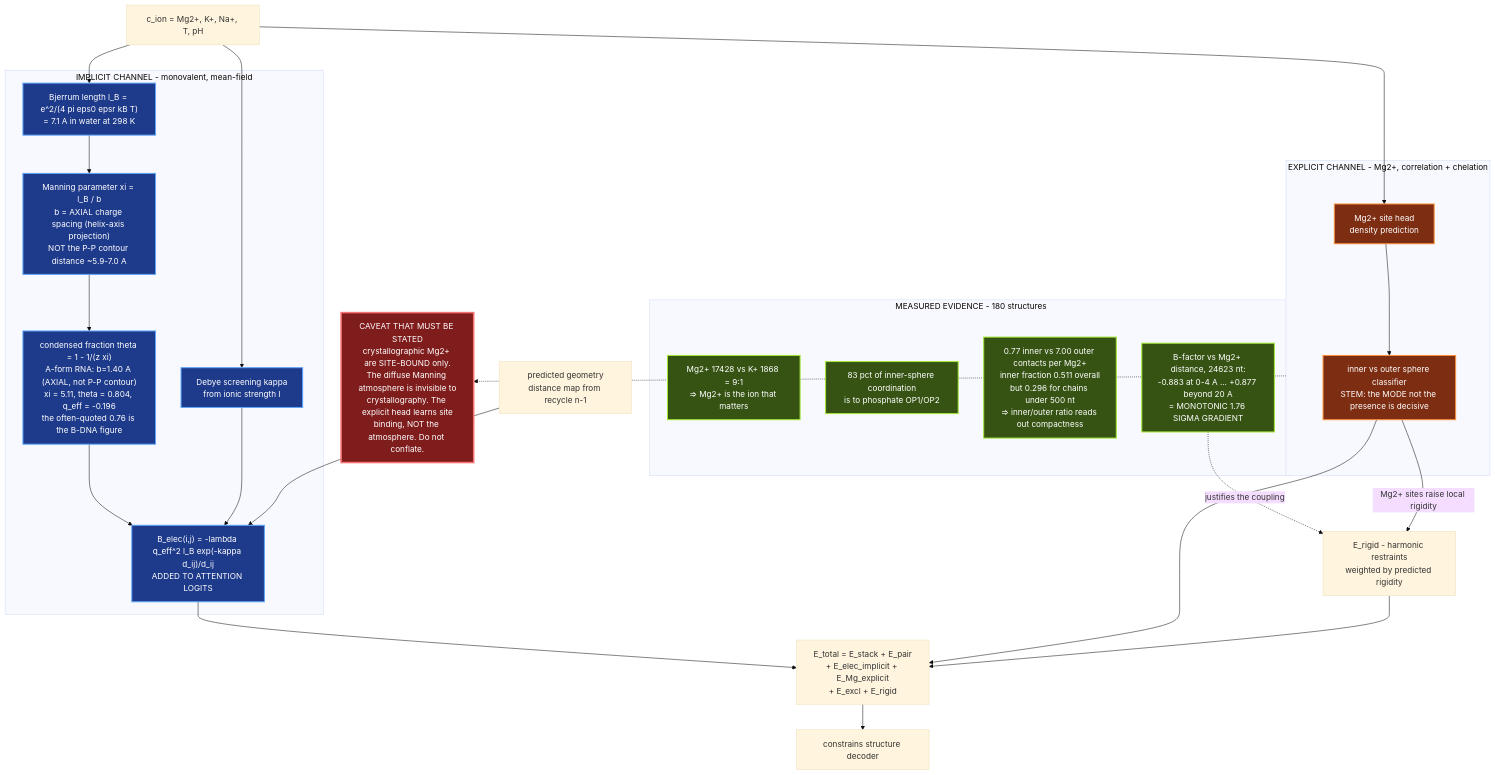
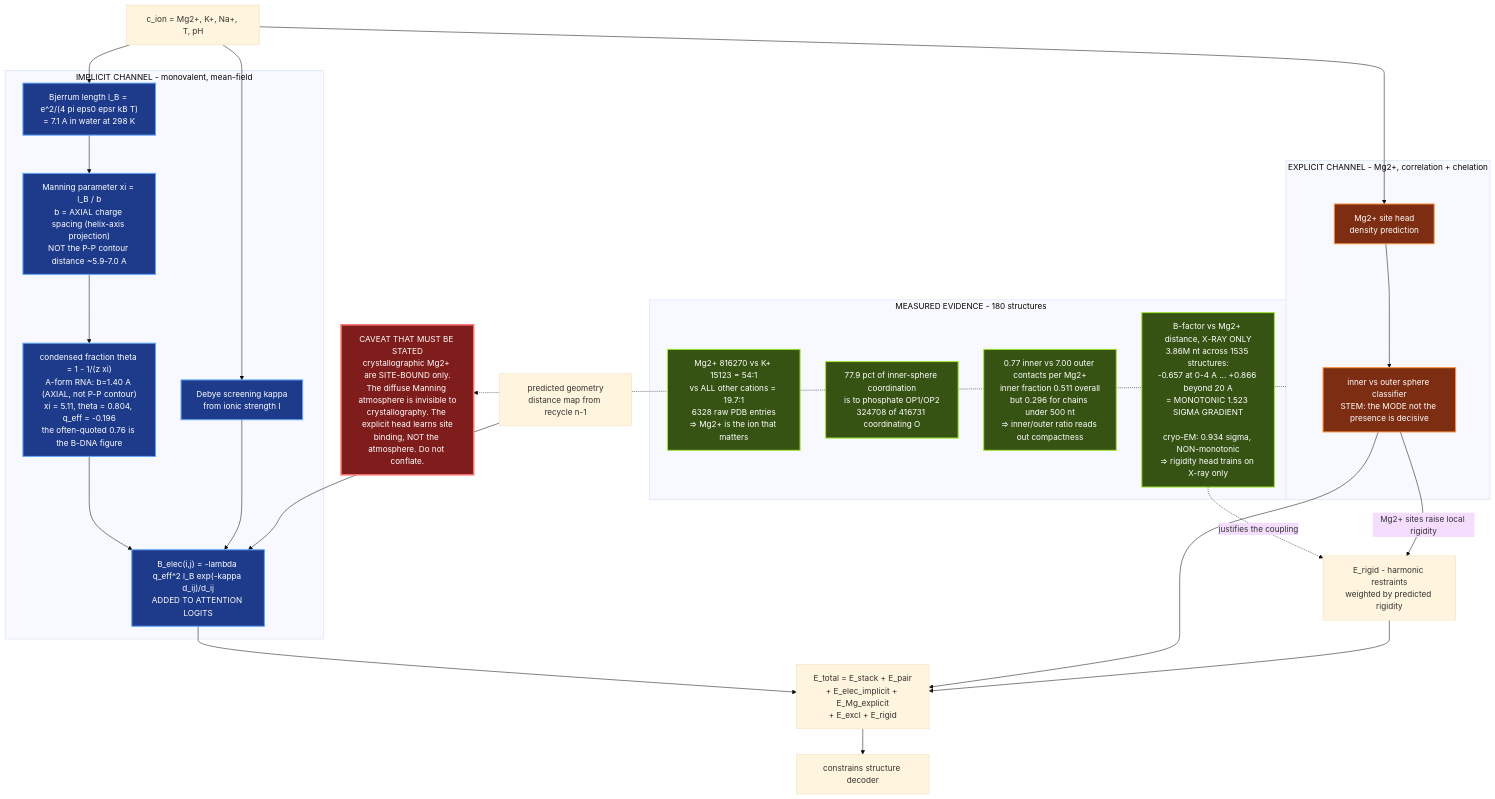
One commit to E-Motioner-X-SBS/sbs-rna changed the diagram in research/architecture/diagrams/05-physics-hamiltonian.mmd. Above: the diagram before and after it, drawn with Mermaid (base theme). The commit also changed 13 other files, not shown here.

First line of the commit message:
Rewrite the architecture diagrams to v0.2 values only; re-render

```diff
--- a/research/architecture/diagrams/05-physics-hamiltonian.mmd
+++ b/research/architecture/diagrams/05-physics-hamiltonian.mmd
@@ -1,53 +1,53 @@
 graph TB
     ION["c_ion = Mg2+, K+, Na+, T, pH"]
     GEOM["predicted geometry<br/>distance map from recycle n-1"]
 
     subgraph IMPL["IMPLICIT CHANNEL - monovalent, mean-field"]
         BJ["Bjerrum length l_B = e^2/(4 pi eps0 epsr kB T)<br/>= 7.1 A in water at 298 K"]
         XI["Manning parameter xi = l_B / b<br/>b = AXIAL charge spacing (helix-axis projection)<br/>NOT the P-P contour distance ~5.9-7.0 A"]
         TH["condensed fraction theta = 1 - 1/(z xi)<br/>A-form RNA: b=1.40 A (AXIAL, not P-P contour)<br/>xi = 5.11, theta = 0.804, q_eff = -0.196<br/>the often-quoted 0.76 is the B-DNA figure"]
         KA["Debye screening kappa<br/>from ionic strength I"]
         BE["B_elec(i,j) = -lambda q_eff^2 l_B exp(-kappa d_ij)/d_ij<br/>ADDED TO ATTENTION LOGITS"]
         BJ --> XI --> TH --> BE
         KA --> BE
     end
 
     subgraph EXPL["EXPLICIT CHANNEL - Mg2+, correlation + chelation"]
         MGH["Mg2+ site head<br/>density prediction"]
         INOUT["inner vs outer sphere classifier<br/>STEM: the MODE not the presence is decisive"]
         MGH --> INOUT
     end
 
     subgraph EVID["MEASURED EVIDENCE - 180 structures"]
-        V1["Mg2+ 17428 vs K+ 1868 = 9:1<br/>=> Mg2+ is the ion that matters"]
-        V2["83 pct of inner-sphere coordination<br/>is to phosphate OP1/OP2"]
+        V1["Mg2+ 816270 vs K+ 15123 = 54:1<br/>vs ALL other cations = 19.7:1<br/>6328 raw PDB entries<br/>=> Mg2+ is the ion that matters"]
+        V2["77.9 pct of inner-sphere coordination<br/>is to phosphate OP1/OP2<br/>324708 of 416731 coordinating O"]
         V3["0.77 inner vs 7.00 outer contacts per Mg2+<br/>inner fraction 0.511 overall<br/>but 0.296 for chains under 500 nt<br/>=> inner/outer ratio reads out compactness"]
-        V4["B-factor vs Mg2+ distance, 24623 nt:<br/>-0.883 at 0-4 A ... +0.877 beyond 20 A<br/>= MONOTONIC 1.76 SIGMA GRADIENT"]
+        V4["B-factor vs Mg2+ distance, X-RAY ONLY<br/>3.86M nt across 1535 structures:<br/>-0.657 at 0-4 A ... +0.866 beyond 20 A<br/>= MONOTONIC 1.523 SIGMA GRADIENT<br/><br/>cryo-EM: 0.934 sigma, NON-monotonic<br/>=> rigidity head trains on X-ray only"]
     end
 
     ION --> BJ
     ION --> KA
     ION --> MGH
     GEOM --> BE
 
     ETOT["E_total = E_stack + E_pair<br/>+ E_elec_implicit + E_Mg_explicit<br/>+ E_excl + E_rigid"]
     BE --> ETOT
     INOUT --> ETOT
 
     RIG["E_rigid - harmonic restraints<br/>weighted by predicted rigidity"]
     V4 -.->|"justifies the coupling"| RIG
     INOUT -->|"Mg2+ sites raise local rigidity"| RIG
     RIG --> ETOT
     ETOT --> DEC["constrains structure decoder"]
 
     CAV["CAVEAT THAT MUST BE STATED<br/>crystallographic Mg2+ are SITE-BOUND only.<br/>The diffuse Manning atmosphere is invisible to<br/>crystallography. The explicit head learns site<br/>binding, NOT the atmosphere. Do not conflate."]
     EXPL -.-> CAV
 
     classDef impl fill:#1e3a8a,stroke:#60a5fa,stroke-width:2px,color:#fff
     classDef expl fill:#7c2d12,stroke:#fb923c,stroke-width:2px,color:#fff
     classDef meas fill:#365314,stroke:#a3e635,stroke-width:2px,color:#fff
     classDef cav fill:#7f1d1d,stroke:#f87171,stroke-width:3px,color:#fff
     class BJ,XI,TH,KA,BE impl
     class MGH,INOUT expl
     class V1,V2,V3,V4 meas
     class CAV cav
```
